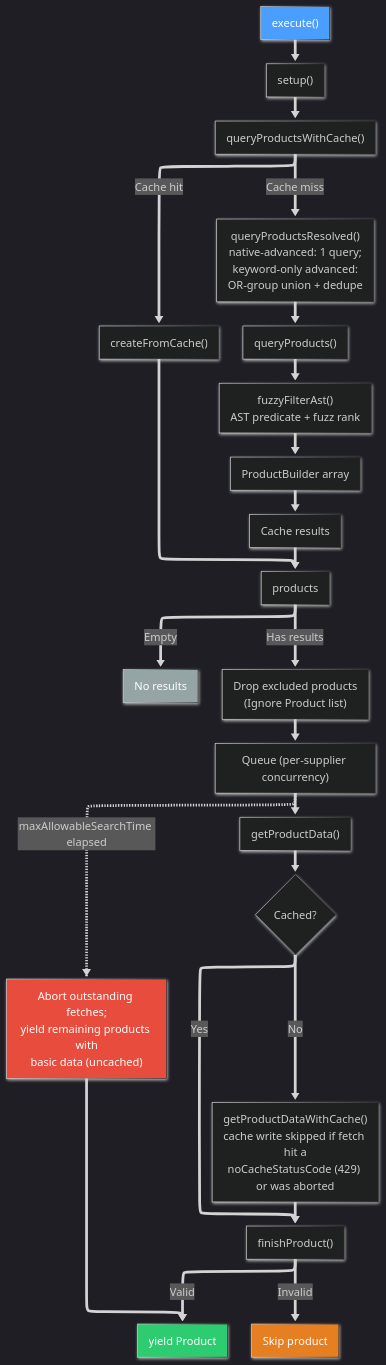
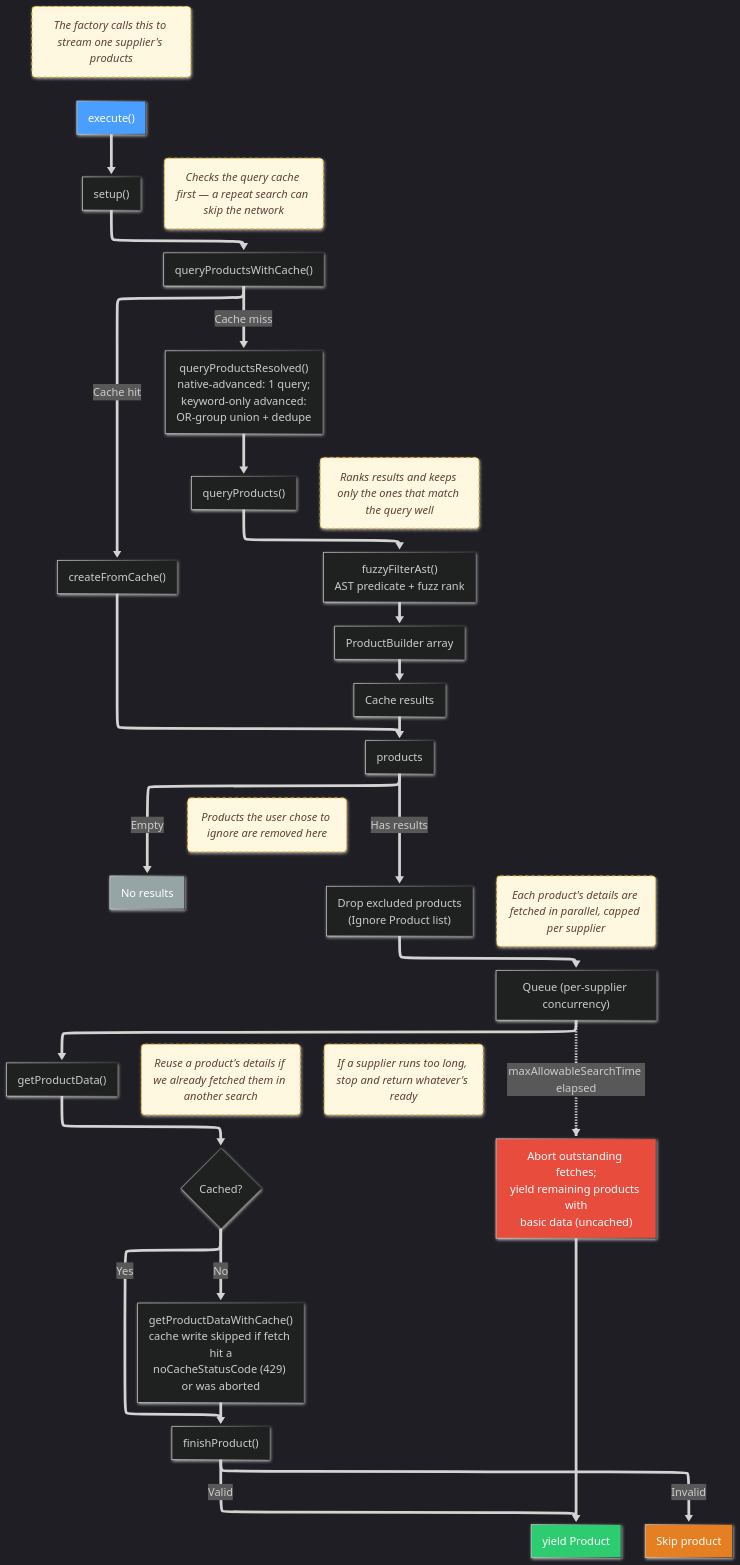
Before and after one commit to jhyland87/chem-pal: the first of 5 diagrams in pages/diagrams/supplier-lifecycle.md, drawn with Mermaid. The commit also changed 39 other files, not shown here.

````diff
--- a/pages/diagrams/supplier-lifecycle.md
+++ b/pages/diagrams/supplier-lifecycle.md
@@ -9,46 +9,66 @@
 ```mermaid
 ---
 config:
   layout: elk
   htmlLabels: true
   markdownAutoWrap: true
   look: neo
   theme: dark
   elk:
     mergeEdges: true
     nodePlacementStrategy: BRANDES_KOEPF
   flowchart:
     curve: basis
 ---
 flowchart TD
     linkStyle default stroke-width:4px;
 
     A["execute()"] --> B["setup()"]
     B --> C["queryProductsWithCache()"]
     C -->|Cache hit| D["createFromCache()"]
     C -->|Cache miss| R["queryProductsResolved()\nnative-advanced: 1 query;\nkeyword-only advanced:\nOR-group union + dedupe"]
     R --> E["queryProducts()"]
     E --> F["fuzzyFilterAst()\nAST predicate + fuzz rank"]
     F --> G["ProductBuilder array"]
     G --> H["Cache results"]
     H --> I["products"]
     D --> I
     I -->|Empty| J["No results"]
     I -->|Has results| X["Drop excluded products\n(Ignore Product list)"]
     X --> K["Queue (per-supplier concurrency)"]
     K --> L["getProductData()"]
     L --> M{"Cached?"}
     M -->|Yes| O["finishProduct()"]
     M -->|No| N["getProductDataWithCache()\ncache write skipped if fetch hit a\nnoCacheStatusCode (429) or was aborted"]
     N --> O
     O -->|Valid| P["yield Product"]
     O -->|Invalid| Q["Skip product"]
     K -.->|"maxAllowableSearchTime elapsed"| TO["Abort outstanding fetches;\nyield remaining products with\nbasic data (uncached)"]
     TO --> P
 
     style A fill:#4a9eff,color:#fff
     style P fill:#2ecc71,color:#fff
     style J fill:#95a5a6,color:#fff
     style Q fill:#e67e22,color:#fff
     style TO fill:#e74c3c,color:#fff
+
+    %% ── Descriptor notes: plain-English descriptions pinned next to key nodes ──
+    classDef descriptor fill:#FFF8E1,stroke:#FBC02D,stroke-width:1.5px,color:#5D4037,stroke-dasharray:5 4,font-style:italic
+    D_A("The factory calls this to stream one supplier's products")
+    D_C("Checks the query cache first — a repeat search can skip the network")
+    D_F("Ranks results and keeps only the ones that match the query well")
+    D_X("Products the user chose to ignore are removed here")
+    D_K("Each product's details are fetched in parallel, capped per supplier")
+    D_M("Reuse a product's details if we already fetched them in another search")
+    D_TO("If a supplier runs too long, stop and return whatever's ready")
+    D_A ~~~ A
+    D_C ~~~ C
+    D_F ~~~ F
+    D_X ~~~ X
+    D_K ~~~ K
+    D_M ~~~ M
+    D_TO ~~~ TO
+    class D_A,D_C,D_F,D_X,D_K,D_M,D_TO descriptor
+    %% Hide the connector lines for the descriptor notes (the last 7 links).
+    linkStyle 22,23,24,25,26,27,28 stroke-width:0px,stroke:transparent
 ```
````
